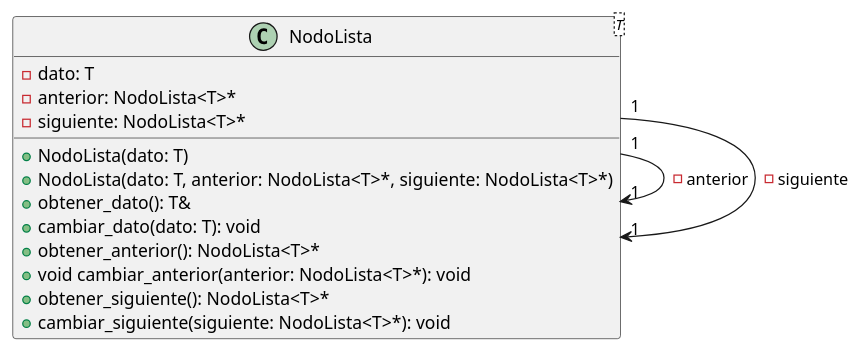
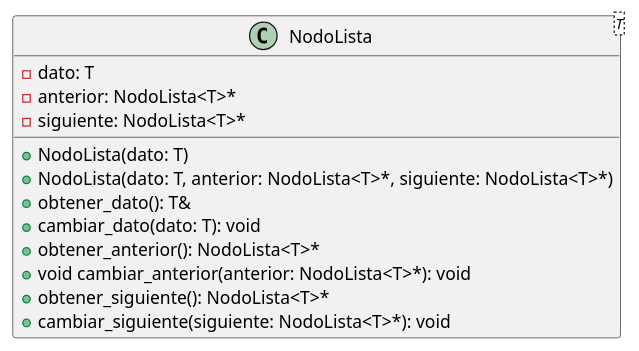
Before and after one commit to Tastor2k2/AYED-tpg-2c2024-compilados: the diagram in UML/NodoLista.puml, drawn with PlantUML.

Commit message:
quitar referencias

```diff
--- a/UML/NodoLista.puml
+++ b/UML/NodoLista.puml
@@ -1,21 +1,18 @@
 @startuml
 
 class NodoLista<T> {
     - dato: T
     - anterior: NodoLista<T>*
     - siguiente: NodoLista<T>*
 
     + NodoLista(dato: T)
     + NodoLista(dato: T, anterior: NodoLista<T>*, siguiente: NodoLista<T>*)
     + obtener_dato(): T&
     + cambiar_dato(dato: T): void
     + obtener_anterior(): NodoLista<T>*
     + void cambiar_anterior(anterior: NodoLista<T>*): void
     + obtener_siguiente(): NodoLista<T>*
     + cambiar_siguiente(siguiente: NodoLista<T>*): void
 }
 
-NodoLista "1" --> "1" NodoLista: -anterior
-NodoLista "1" --> "1" NodoLista: -siguiente
-
 @enduml
```
